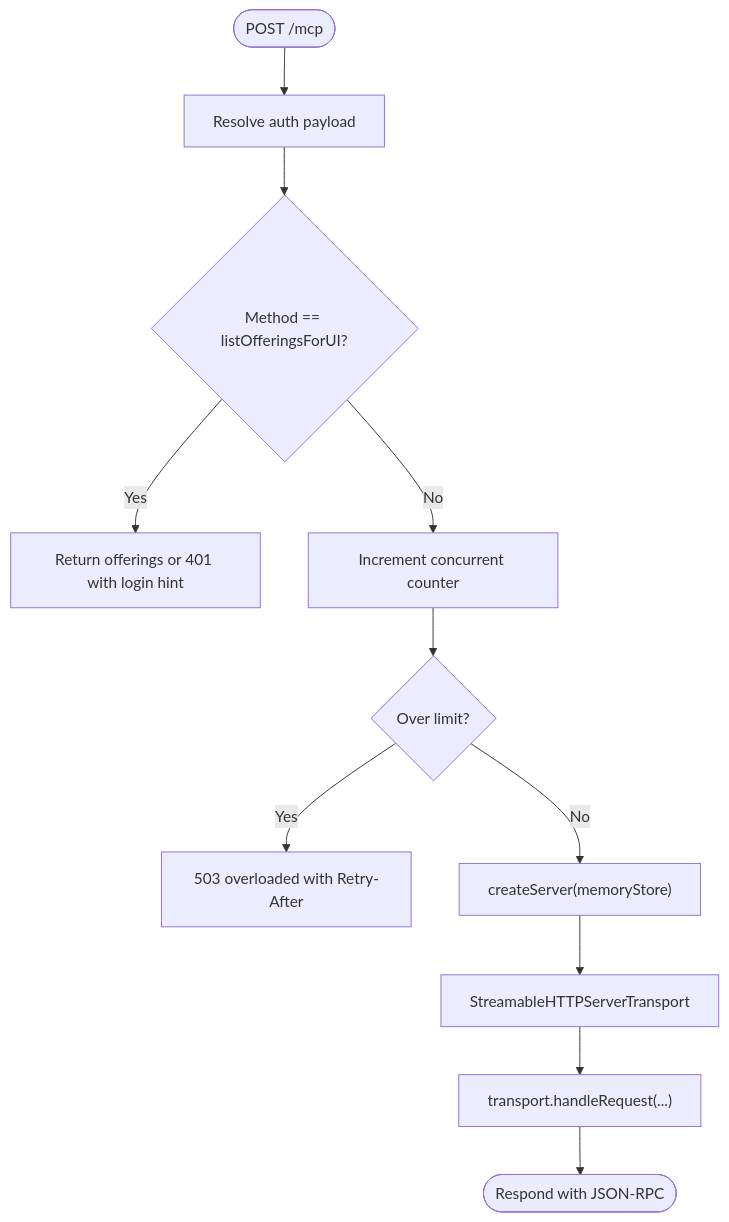
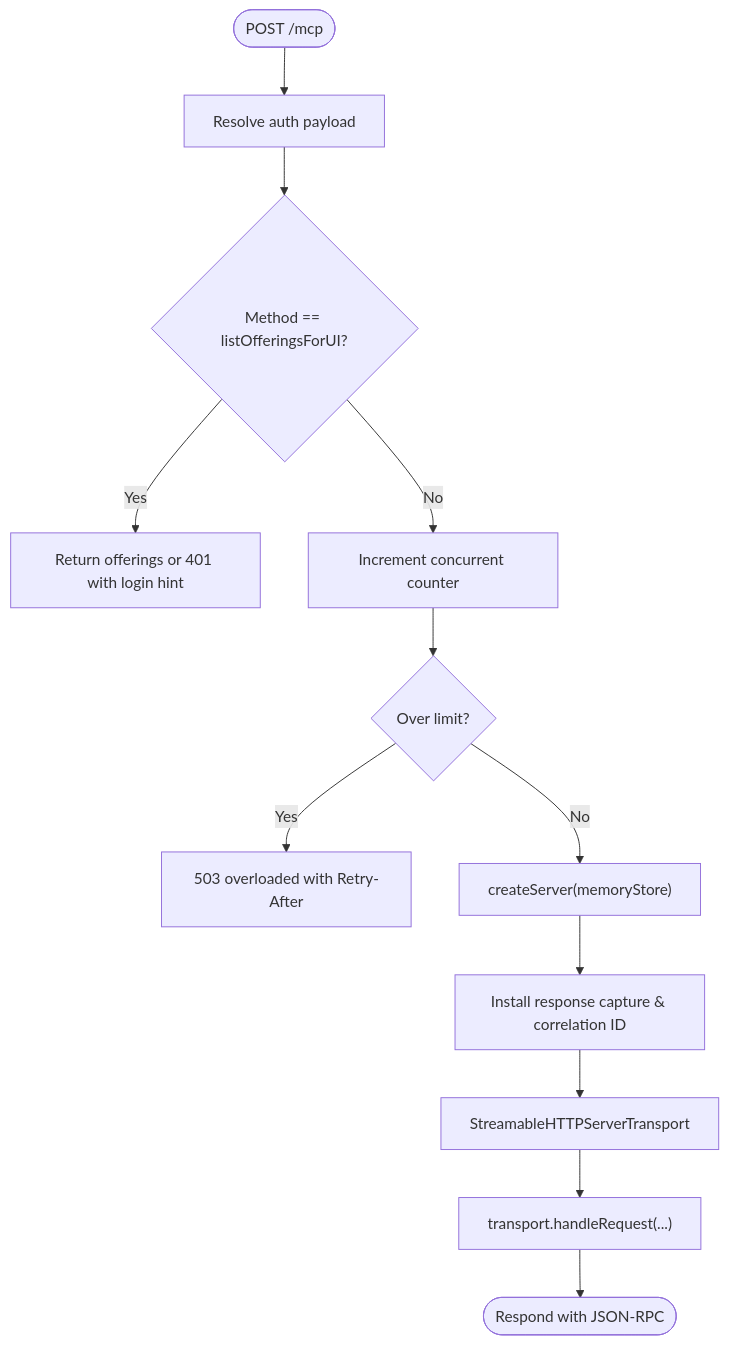
One commit to debian777/kairos-mcp changed the third of 12 diagrams in .qoder/repowiki/en/content/Architecture & Design/MCP Protocol Architecture.md. Above: the diagram before and after it, drawn with Mermaid. The commit also changed other lines of this file and 5 other files, not shown here.

First line of the commit message:
fix(audit): capture response at transport.send() level

````diff
--- a/.qoder/repowiki/en/content/Architecture & Design/MCP Protocol Architecture.md
+++ b/.qoder/repowiki/en/content/Architecture & Design/MCP Protocol Architecture.md
@@ -133,13 +157,14 @@
 ```mermaid
 flowchart TD
 Start(["POST /mcp"]) --> CheckAuth["Resolve auth payload"]
 CheckAuth --> IsListOfferings{"Method == listOfferingsForUI?"}
 IsListOfferings --> |Yes| OfferResp["Return offerings or 401 with login hint"]
 IsListOfferings --> |No| Concurrency["Increment concurrent counter"]
 Concurrency --> OverLimit{"Over limit?"}
 OverLimit --> |Yes| Reject["503 overloaded with Retry-After"]
 OverLimit --> |No| CreateServer["createServer(memoryStore)"]
-CreateServer --> Transport["StreamableHTTPServerTransport"]
+CreateServer --> AuditSetup["Install response capture & correlation ID"]
+AuditSetup --> Transport["StreamableHTTPServerTransport"]
 Transport --> Handle["transport.handleRequest(...)"]
 Handle --> Done(["Respond with JSON-RPC"])
 ```
````
